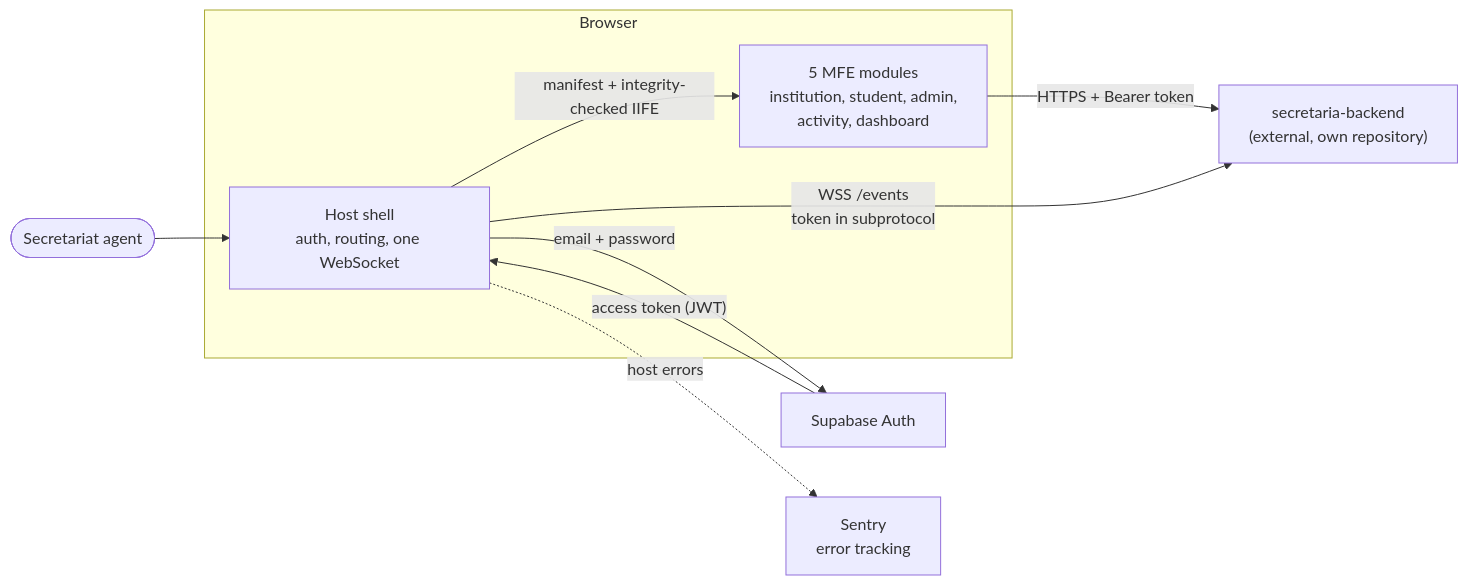
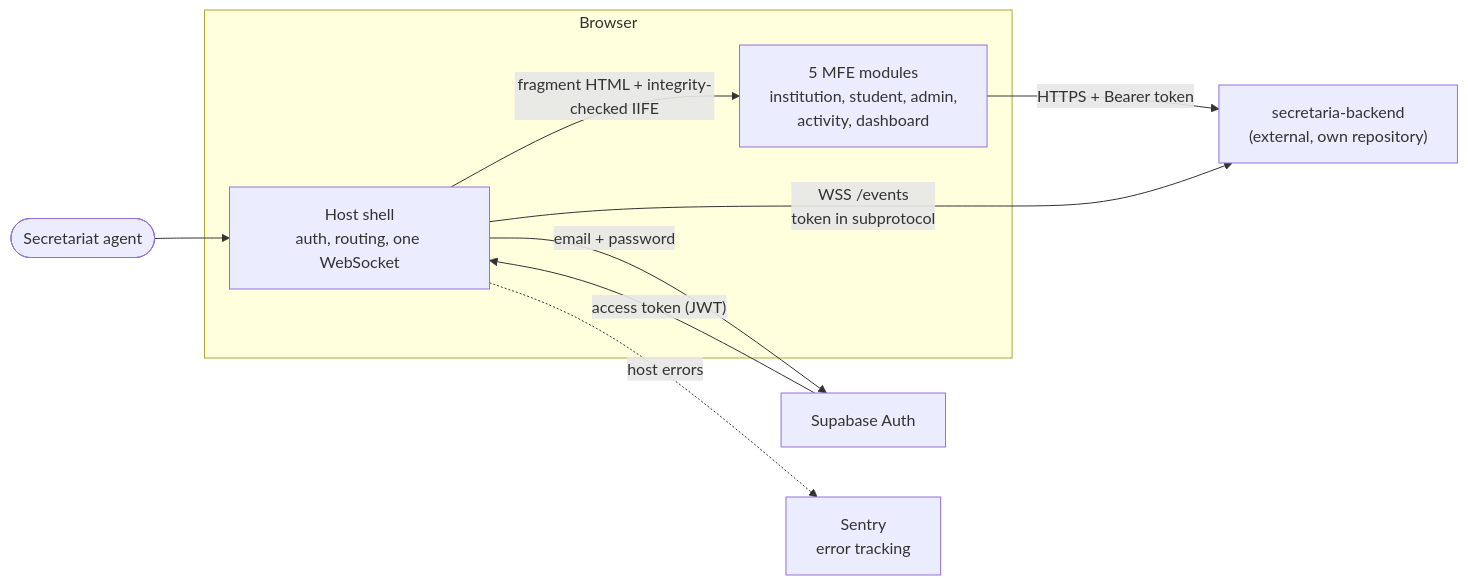
The first of 5 diagrams in docs/architecture.md (fidelis27/-mfe-communication-fragment), drawn with Mermaid before and after one commit. The commit also changed other lines of this file and 13 other files, not shown here.

````diff
--- a/docs/architecture.md
+++ b/docs/architecture.md
@@ -11,21 +11,21 @@
 ```mermaid
 flowchart LR
     user(["Secretariat agent"])
 
     subgraph browser["Browser"]
         host["Host shell<br/>auth, routing, one WebSocket"]
         remotes["5 MFE modules<br/>institution, student, admin,<br/>activity, dashboard"]
-        host -- "manifest + integrity-checked IIFE" --> remotes
+        host -- "fragment HTML + integrity-checked IIFE" --> remotes
     end
 
     api["secretaria-backend<br/>(external, own repository)"]
     auth["Supabase Auth"]
     sentry["Sentry<br/>error tracking"]
 
     user --> host
     host -- "email + password" --> auth
     auth -- "access token (JWT)" --> host
     remotes -- "HTTPS + Bearer token" --> api
     host -- "WSS /events<br/>token in subprotocol" --> api
     host -. "host errors" .-> sentry
 ```
````
